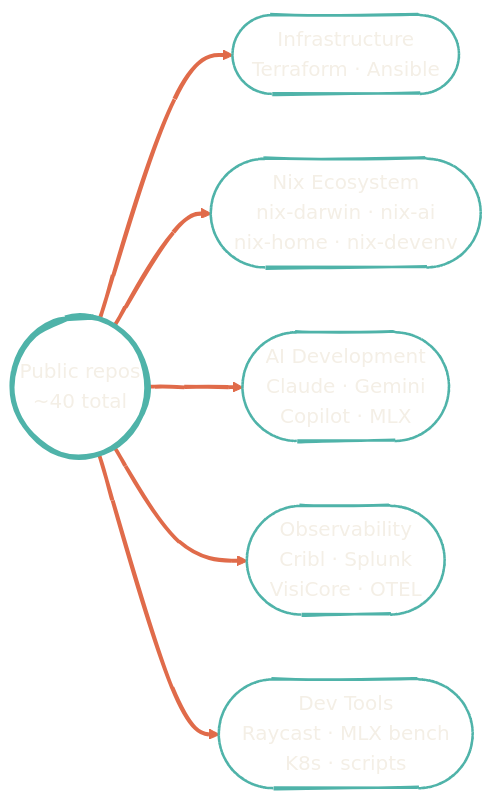
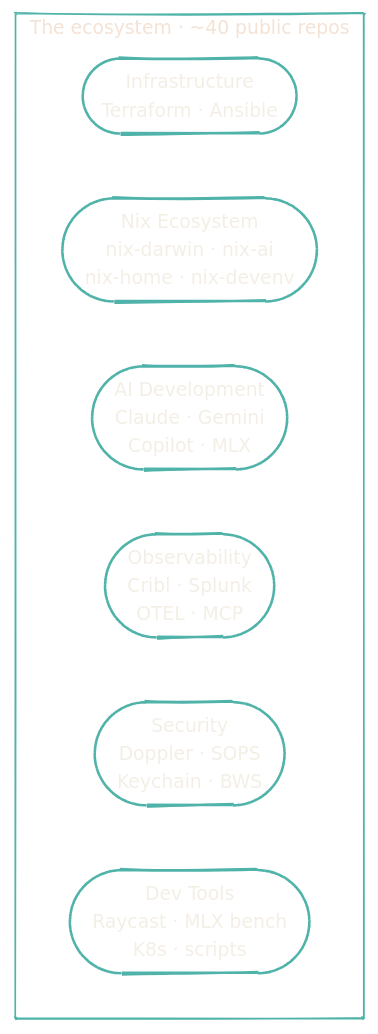
Before and after one commit to dryvist/docs: the diagram in introduction.mdx, drawn with Mermaid. The commit also changed other lines of this file and 26 other files, not shown here.

````diff
--- a/introduction.mdx
+++ b/introduction.mdx
@@ -12,25 +12,22 @@
 ```mermaid
-%%{init: {'theme':'base','look':'handDrawn','themeVariables':{'primaryColor':'#4FB3A9','primaryTextColor':'#F4EFE6','primaryBorderColor':'#2F7E78','lineColor':'#E06B4A','secondaryColor':'#102937','tertiaryColor':'#0B1D2A','clusterBkg':'transparent','clusterBorder':'#4FB3A9','fontFamily':'Geist','fontSize':'16px'}}}%%
+%%{init: {'theme':'base','look':'handDrawn','themeVariables':{'primaryColor':'#4FB3A9','primaryTextColor':'#F4EFE6','primaryBorderColor':'#2F7E78','lineColor':'#E06B4A','secondaryColor':'#102937','tertiaryColor':'#0B1D2A','clusterBkg':'transparent','clusterBorder':'#4FB3A9','fontFamily':'Geist','fontSize':'15px'}}}%%
 flowchart LR
-  Hub(("Public repos<br/>~40 total"))
-  Inf(["Infrastructure<br/>Terraform · Ansible"])
-  Nix(["Nix Ecosystem<br/>nix-darwin · nix-ai<br/>nix-home · nix-devenv"])
-  AI(["AI Development<br/>Claude · Gemini<br/>Copilot · MLX"])
-  Obs(["Observability<br/>Cribl · Splunk<br/>VisiCore · OTEL"])
-  Tools(["Dev Tools<br/>Raycast · MLX bench<br/>K8s · scripts"])
+  subgraph Eco["The ecosystem · ~40 public repos"]
+    direction LR
+    Inf(["Infrastructure<br/>Terraform · Ansible"])
+    Nix(["Nix Ecosystem<br/>nix-darwin · nix-ai<br/>nix-home · nix-devenv"])
+    AI(["AI Development<br/>Claude · Gemini<br/>Copilot · MLX"])
+    Obs(["Observability<br/>Cribl · Splunk<br/>OTEL · MCP"])
+    Sec(["Security<br/>Doppler · SOPS<br/>Keychain · BWS"])
+    Tools(["Dev Tools<br/>Raycast · MLX bench<br/>K8s · scripts"])
+  end
 
-  Hub --> Inf
-  Hub --> Nix
-  Hub --> AI
-  Hub --> Obs
-  Hub --> Tools
-
-  style Hub fill:transparent,stroke:#4FB3A9,stroke-width:4px,color:#F4EFE6
   style Inf fill:transparent,stroke:#4FB3A9,stroke-width:2px,color:#F4EFE6
   style Nix fill:transparent,stroke:#4FB3A9,stroke-width:2px,color:#F4EFE6
   style AI fill:transparent,stroke:#4FB3A9,stroke-width:2px,color:#F4EFE6
   style Obs fill:transparent,stroke:#4FB3A9,stroke-width:2px,color:#F4EFE6
+  style Sec fill:transparent,stroke:#4FB3A9,stroke-width:2px,color:#F4EFE6
   style Tools fill:transparent,stroke:#4FB3A9,stroke-width:2px,color:#F4EFE6
 
   linkStyle default stroke:#E06B4A,stroke-width:3px
 ```
````
